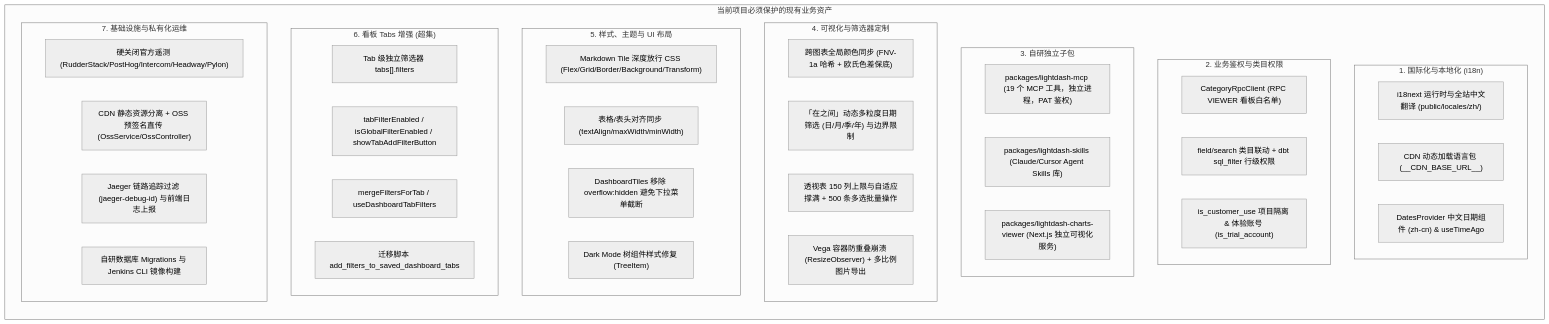
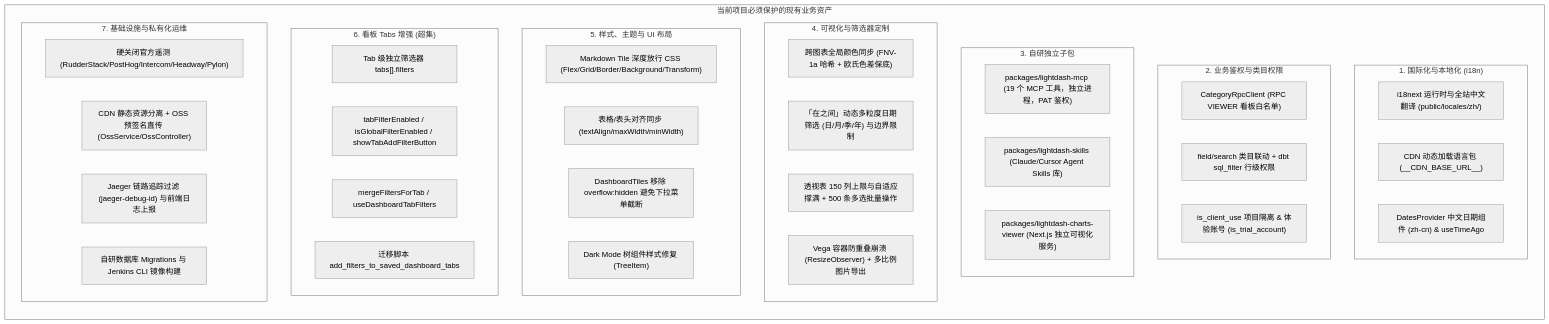
Before and after one commit to winwin-inc/lightdash-i18n: the third of 4 diagrams in docs/v2/v2-upgrade-and-migration-guide.md, drawn with Mermaid (neutral theme). The commit also changed 33 other files, not shown here.

Commit message:
refactor: 将项目属性 is_customer_use 重命名为 is_client_use，更新相关逻辑和文档

````diff
--- a/docs/v2/v2-upgrade-and-migration-guide.md
+++ b/docs/v2/v2-upgrade-and-migration-guide.md
@@ -153,52 +153,52 @@
 ```mermaid
 flowchart TB
     subgraph ProtectedAssets ["当前项目必须保护的现有业务资产"]
         direction TB
 
         subgraph PA_1 ["1. 国际化与本地化 (i18n)"]
             A1["i18next 运行时与全站中文翻译 (public/locales/zh/)"]
             A2["CDN 动态加载语言包 (__CDN_BASE_URL__)"]
             A3["DatesProvider 中文日期组件 (zh-cn) & useTimeAgo"]
         end
 
         subgraph PA_2 ["2. 业务鉴权与类目权限"]
             B1["CategoryRpcClient (RPC VIEWER 看板白名单)"]
             B2["field/search 类目联动 + dbt sql_filter 行级权限"]
-            B3["is_customer_use 项目隔离 & 体验账号 (is_trial_account)"]
+            B3["is_client_use 项目隔离 & 体验账号 (is_trial_account)"]
         end
 
         subgraph PA_3 ["3. 自研独立子包"]
             C1["packages/lightdash-mcp (19 个 MCP 工具，独立进程，PAT 鉴权)"]
             C2["packages/lightdash-skills (Claude/Cursor Agent Skills 库)"]
             C3["packages/lightdash-charts-viewer (Next.js 独立可视化服务)"]
         end
 
         subgraph PA_4 ["4. 可视化与筛选器定制"]
             D1["跨图表全局颜色同步 (FNV-1a 哈希 + 欧氏色差保底)"]
             D2["「在之间」动态多粒度日期筛选 (日/月/季/年) 与边界限制"]
             D3["透视表 150 列上限与自适应撑满 + 500 条多选批量操作"]
             D4["Vega 容器防重叠崩溃 (ResizeObserver) + 多比例图片导出"]
         end
 
         subgraph PA_5 ["5. 样式、主题与 UI 布局"]
             E1["Markdown Tile 深度放行 CSS (Flex/Grid/Border/Background/Transform)"]
             E2["表格/表头对齐同步 (textAlign/maxWidth/minWidth)"]
             E3["DashboardTiles 移除 overflow:hidden 避免下拉菜单截断"]
             E4["Dark Mode 树组件样式修复 (TreeItem)"]
         end
 
         subgraph PA_6 ["6. 看板 Tabs 增强 (超集)"]
             T1["Tab 级独立筛选器 tabs[].filters"]
             T2["tabFilterEnabled / isGlobalFilterEnabled / showTabAddFilterButton"]
             T3["mergeFiltersForTab / useDashboardTabFilters"]
             T4["迁移脚本 add_filters_to_saved_dashboard_tabs"]
         end
 
         subgraph PA_7 ["7. 基础设施与私有化运维"]
             G1["硬关闭官方遥测 (RudderStack/PostHog/Intercom/Headway/Pylon)"]
             G2["CDN 静态资源分离 + OSS 预签名直传 (OssService/OssController)"]
             G3["Jaeger 链路追踪过滤 (jaeger-debug-id) 与前端日志上报"]
             G4["自研数据库 Migrations 与 Jenkins CLI 镜像构建"]
         end
     end
 ```
````
